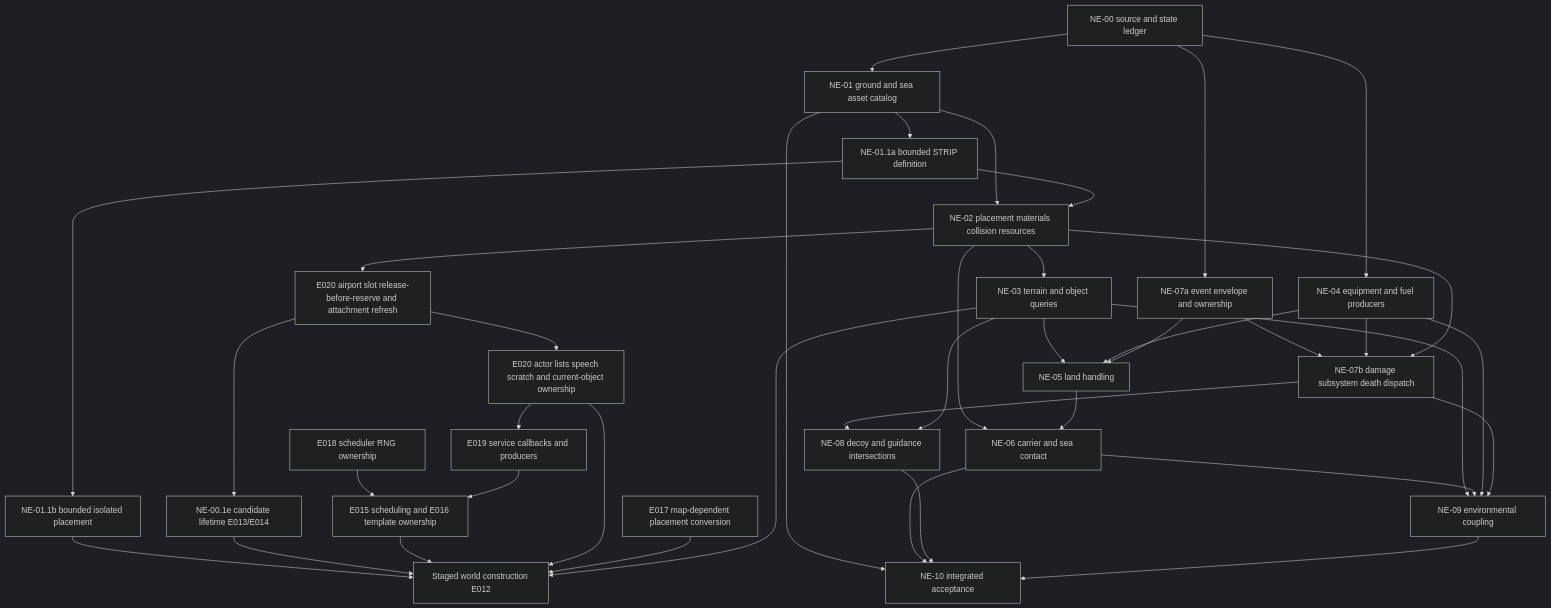
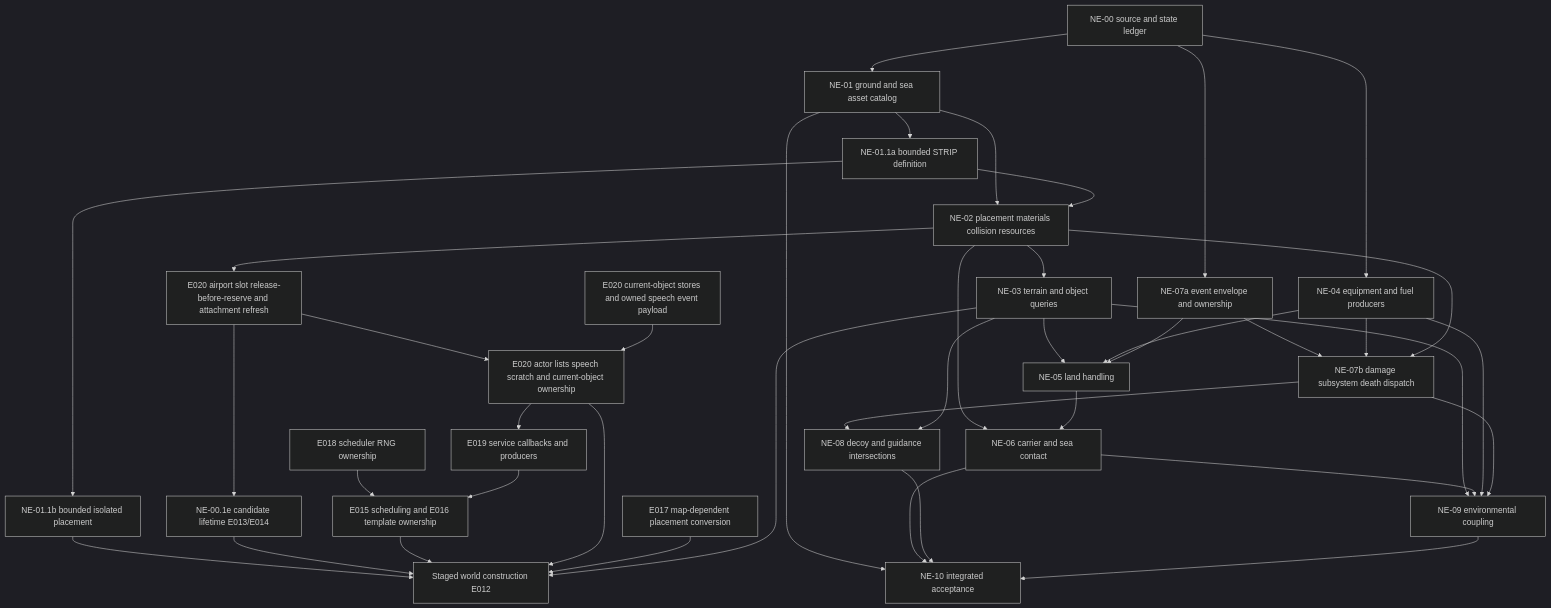
The diagram in docs/native-environment-systems-plan.md (john-overton/T.O.R.E-Fighters), drawn with Mermaid (dark theme) before and after one commit. The commit also changed other lines of this file and 5 other files, not shown here.

Commit message:
Recover speech timing and current-object state ownership

````diff
--- a/docs/native-environment-systems-plan.md
+++ b/docs/native-environment-systems-plan.md
@@ -171,41 +172,42 @@
 ```mermaid
 flowchart TD
   A[NE-00 source and state ledger] --> B[NE-01 ground and sea asset catalog]
   B --> C[NE-02 placement materials collision resources]
   B --> O[NE-01.1a bounded STRIP definition]
   O --> Q[NE-01.1b bounded isolated placement]
   Q --> W
   O --> C
   C --> S[NE-00.1d STRIP metadata]
   S --> R[NE-00.1e candidate lifetime E013/E014]
   R --> W[Staged world construction E012]
   T[E015 scheduling and E016 template ownership] --> W
   U[E018 scheduler RNG ownership] --> T
   P[E019 service callbacks and producers] --> T
   Y[E020 actor lists speech scratch and current-object ownership] --> P
   Y --> W
   S[E020 airport slot release-before-reserve and attachment refresh] --> Y
+  Z[E020 current-object stores and owned speech event payload] --> Y
   V[E017 map-dependent placement conversion] --> W
   F --> W
   A --> D[NE-04 equipment and fuel producers]
   A --> E[NE-07a event envelope and ownership]
   C --> F[NE-03 terrain and object queries]
   F --> G[NE-05 land handling]
   D --> G
   E --> G
   C --> H[NE-06 carrier and sea contact]
   G --> H
   E --> I[NE-07b damage subsystem death dispatch]
   D --> I
   C --> I
   I --> J[NE-08 decoy and guidance intersections]
   F --> J
   F --> K[NE-09 environmental coupling]
   H --> K
   D --> K
   I --> K
   B --> L[NE-10 integrated acceptance]
   H --> L
   J --> L
   K --> L
 ```
````
